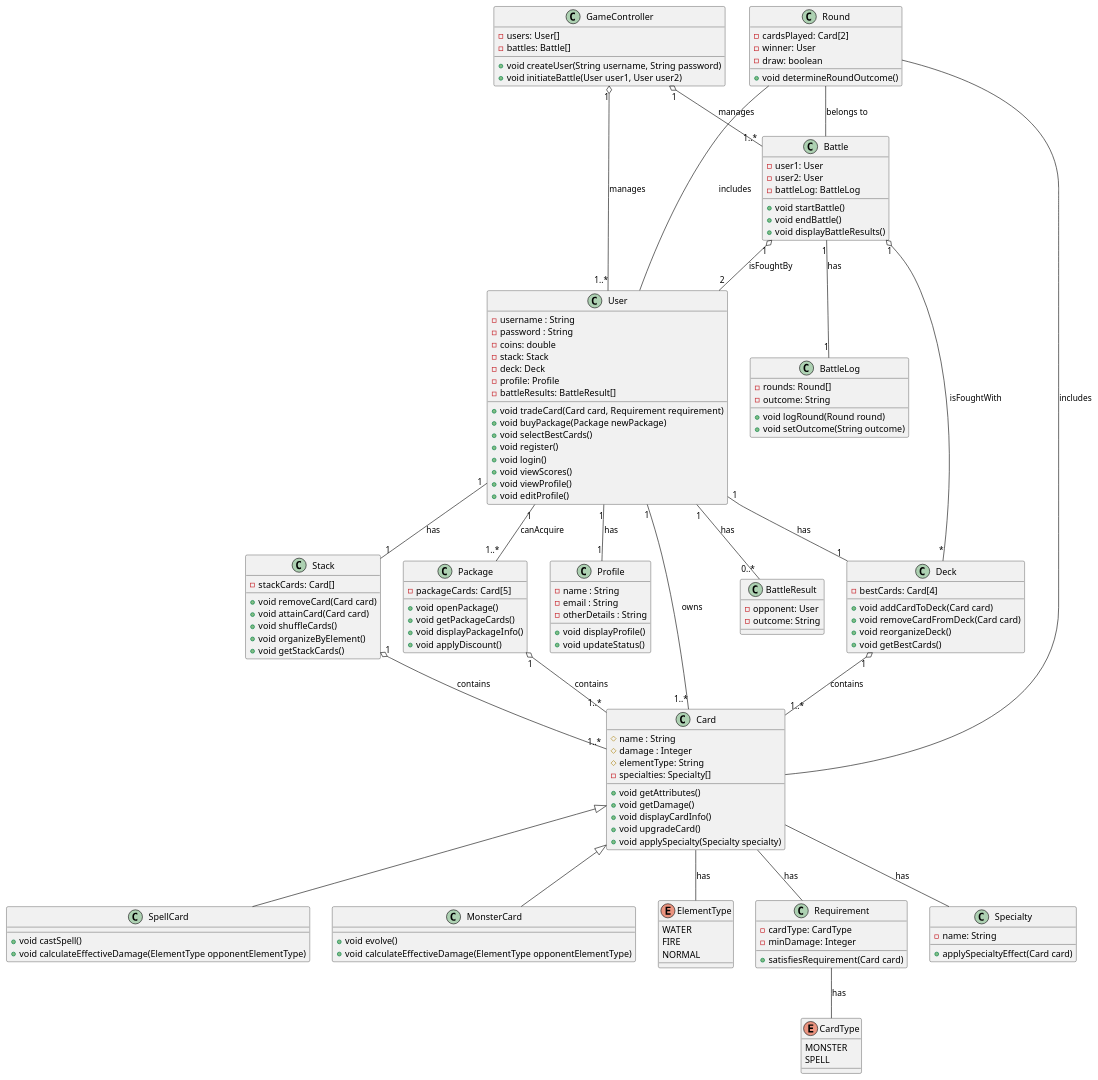
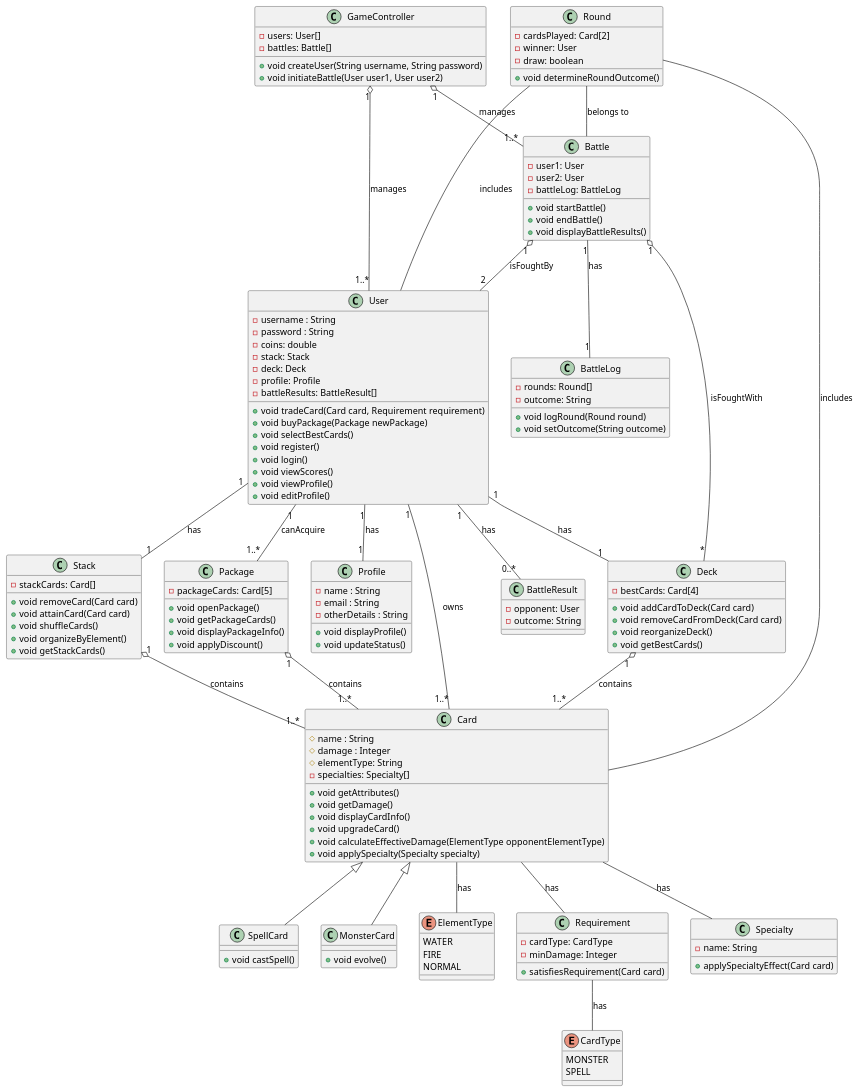
One commit to gregory567/Monster-Trading-Cards-Game-MTCG changed the diagram in src/main/java/org/example/Klassen.puml. Above: the diagram before and after it, drawn with PlantUML. The commit also changed 3 other files, not shown here.

Commit message:
updated MonsterCard class with implementations for functions, updated SpellCard with small changes, updated Card with small changes and updated the plantUML diagram to reflect these changes

```diff
--- a/src/main/java/org/example/Klassen.puml
+++ b/src/main/java/org/example/Klassen.puml
@@ -1,164 +1,163 @@
 @startuml
 'https://plantuml.com/sequence-diagram
 
 class User {
     - username : String
     - password : String
     - coins: double
     - stack: Stack
     - deck: Deck
     - profile: Profile
     - battleResults: BattleResult[]
     + void tradeCard(Card card, Requirement requirement)
     + void buyPackage(Package newPackage)
     + void selectBestCards()
     + void register()
     + void login()
     + void viewScores()
     + void viewProfile()
     + void editProfile()
 }
 
 class Profile {
     - name : String
     - email : String
     - otherDetails : String
     + void displayProfile()
     + void updateStatus()
 }
 
 class Card {
     # name : String
     # damage : Integer
     # elementType: String
     - specialties: Specialty[]
     + void getAttributes()
     + void getDamage()
     + void displayCardInfo()
     + void upgradeCard()
+    + void calculateEffectiveDamage(ElementType opponentElementType)
     + void applySpecialty(Specialty specialty)
 }
 
 class SpellCard {
     + void castSpell()
-    + void calculateEffectiveDamage(ElementType opponentElementType)
 }
 
 class MonsterCard {
     + void evolve()
-    + void calculateEffectiveDamage(ElementType opponentElementType)
 }
 
 class Stack{
     - stackCards: Card[]
     + void removeCard(Card card)
     + void attainCard(Card card)
     + void shuffleCards()
     + void organizeByElement()
     + void getStackCards()
 }
 
 class Package {
     - packageCards: Card[5]
     + void openPackage()
     + void getPackageCards()
     + void displayPackageInfo()
     + void applyDiscount()
 }
 
 class Deck {
     - bestCards: Card[4]
     + void addCardToDeck(Card card)
     + void removeCardFromDeck(Card card)
     + void reorganizeDeck()
     + void getBestCards()
 }
 
 enum ElementType {
     WATER
     FIRE
     NORMAL
 }
 
 class Requirement {
     - cardType: CardType
     - minDamage: Integer
     + satisfiesRequirement(Card card)
 }
 
 enum CardType {
     MONSTER
     SPELL
 }
 
 class Specialty {
     - name: String
     + applySpecialtyEffect(Card card)
 }
 
 class Battle {
     - user1: User
     - user2: User
     - battleLog: BattleLog
     + void startBattle()
     + void endBattle()
     + void displayBattleResults()
 }
 
 class GameController {
     - users: User[]
     - battles: Battle[]
     + void createUser(String username, String password)
     + void initiateBattle(User user1, User user2)
 }
 
 class BattleLog {
     - rounds: Round[]
     - outcome: String
     + void logRound(Round round)
     + void setOutcome(String outcome)
 }
 
 class Round {
     - cardsPlayed: Card[2]
     - winner: User
     - draw: boolean
     + void determineRoundOutcome()
 }
 
 class BattleResult {
     - opponent: User
     - outcome: String
 }
 
 Card <|-- MonsterCard
 Card <|-- SpellCard
 
 User "1" -- "1..*" Card : owns
 User "1" -- "1" Deck : has
 User "1" -- "1..*" Package : canAcquire
 User "1" -- "1" Stack : has
 User "1" -- "1" Profile : has
 User "1" -- "0..*" BattleResult : has
 
 Stack "1" o-- "1..*" Card : contains
 Package "1" o-- "1..*" Card : contains
 Deck "1" o-- "1..*" Card : contains
 
 Battle "1" o-- "*" Deck : isFoughtWith
 Battle "1" o-- "2" User : isFoughtBy
 Battle "1" -- "1" BattleLog : has
 
 GameController "1" o-- "1..*" User : manages
 GameController "1" o-- "1..*" Battle : manages
 
 Card -- ElementType : has
 Card -- Requirement : has
 Requirement -- CardType : has
 Card -- Specialty : has
 
 Round -- Card : includes
 Round -- User : includes
 Round -- Battle : belongs to
 
 @enduml
```
